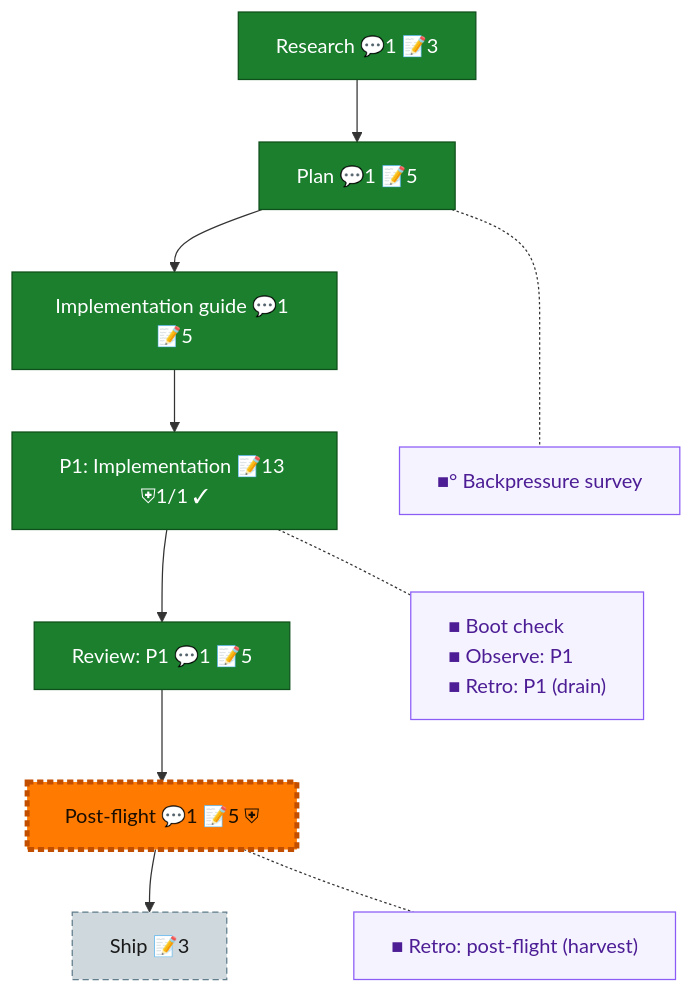
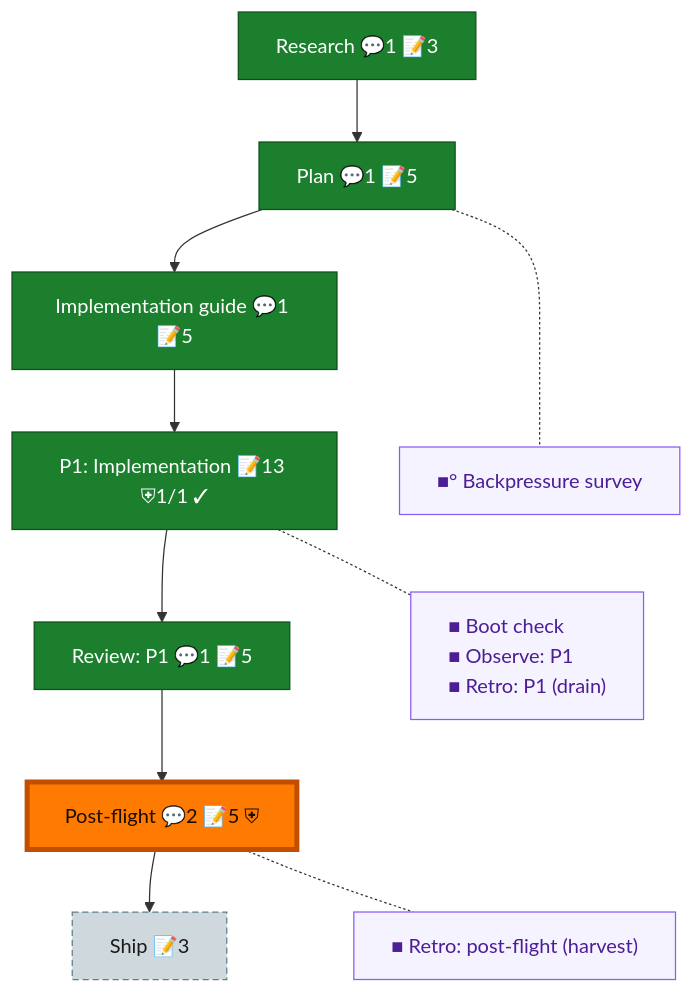
The diagram in docs/plans/archive/009-adapter-catalog/the-flow.md (AI-Substrate/Unisphere), drawn with Mermaid before and after one commit. The commit also changed other lines of this file and 2 other files, not shown here.

````diff
--- a/docs/plans/archive/009-adapter-catalog/the-flow.md
+++ b/docs/plans/archive/009-adapter-catalog/the-flow.md
@@ -8,30 +8,30 @@
 ```mermaid
 flowchart TD
     research["Research 💬1 📝3"]:::done
     plan["Plan 💬1 📝5"]:::done
     impl_guide["Implementation guide 💬1 📝5"]:::done
     phase_1["P1: Implementation 📝13 ⛨1/1 ✓"]:::done
     review_1["Review: P1 💬1 📝5"]:::done
-    post_flight["Post-flight 💬1 📝5 ⛨"]:::assumed
+    post_flight["Post-flight 💬2 📝5 ⛨"]:::done
     ship["Ship 📝3"]:::assumed
 
     research --> plan --> impl_guide --> phase_1 --> review_1 --> post_flight --> ship
 
     planC["■° Backpressure survey"]:::chore
     phase_1C["■ Boot check<br/>■ Observe: P1<br/>■ Retro: P1 (drain)"]:::chore
     post_flightC["■ Retro: post-flight (harvest)"]:::chore
 
     %% invisible chain holds the gutter boxes in their own column
     planC ~~~ phase_1C ~~~ post_flightC
 
     %% dotted links pull each gutter box beside its node
     plan -.- planC
     phase_1 -.- phase_1C
     post_flight -.- post_flightC
 
     classDef done fill:#1B7F2E,stroke:#0F4F1B,color:#fff;
     classDef assumed fill:#CFD8DC,stroke:#607D8B,color:#1a1a1a,stroke-dasharray:5 3;
     classDef chore fill:#f5f3ff,stroke:#8b5cf6,color:#4c1d95,text-align:left;
     classDef current fill:#FF7A00,stroke:#C24E00,color:#1a0e00,stroke-width:4px;
     class post_flight current;
 ```
````
